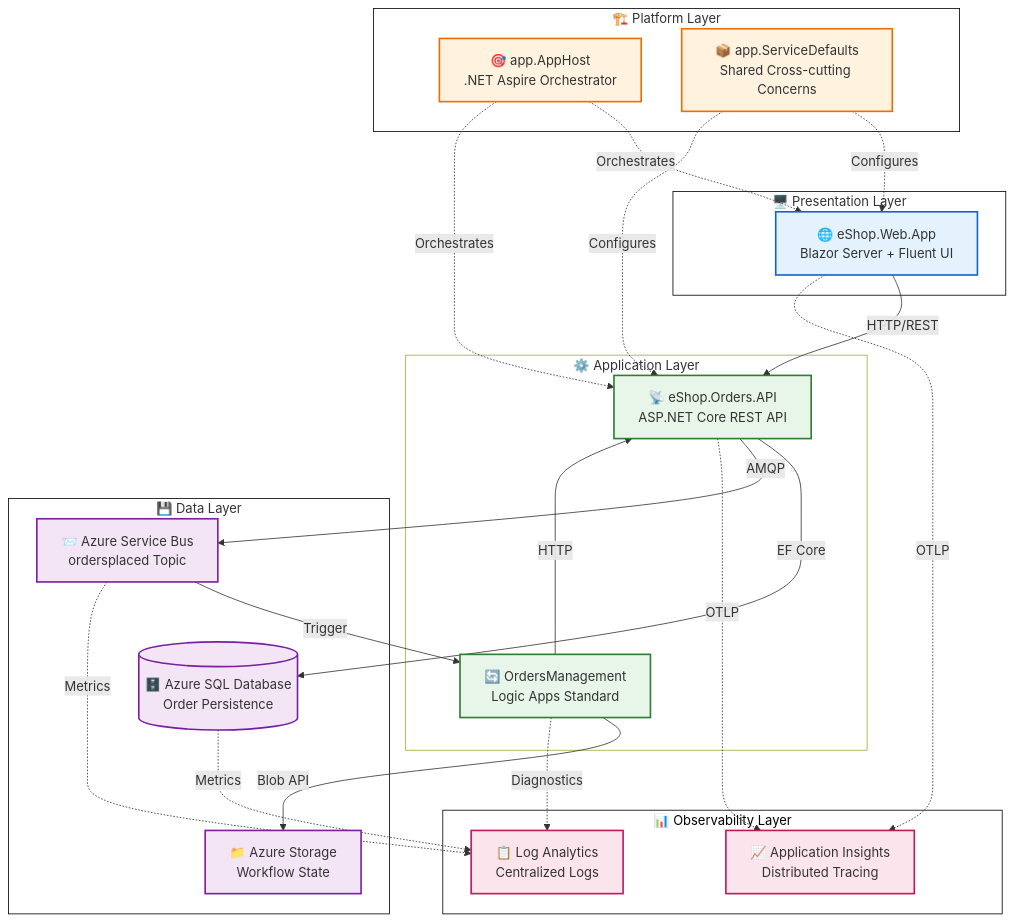
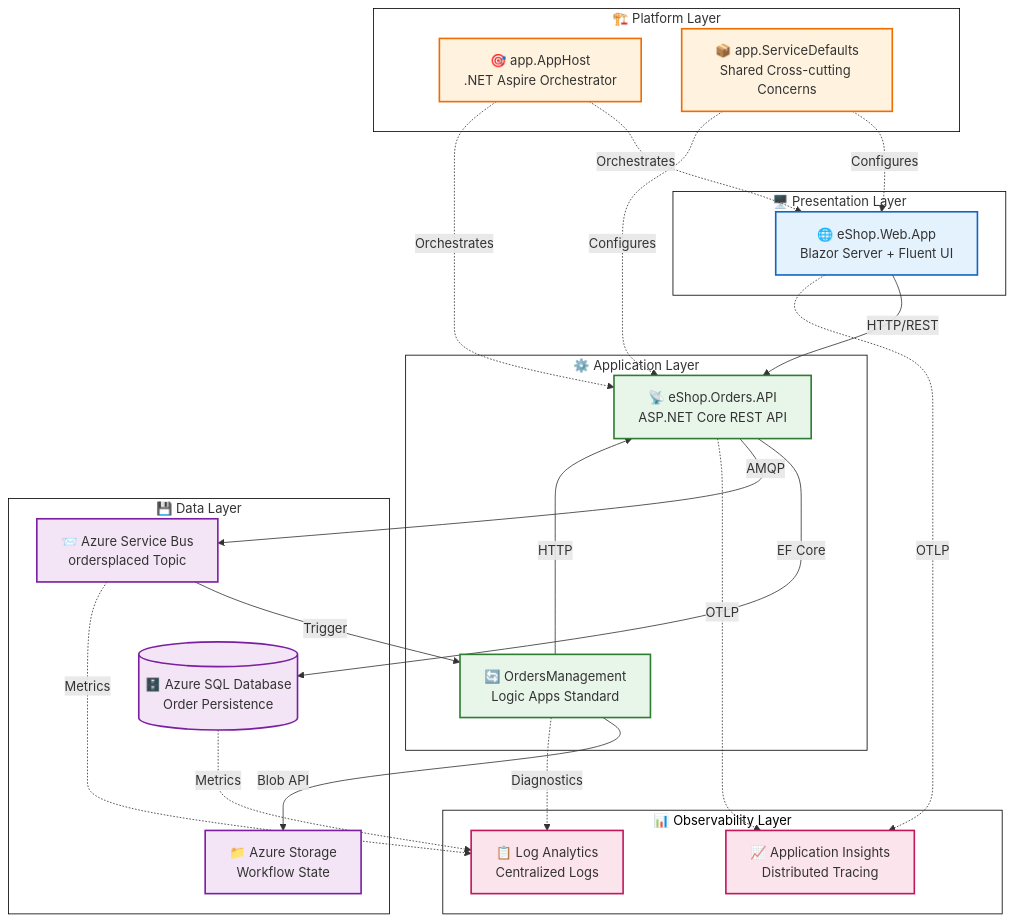
Before and after one commit to Evilazaro/Azure-LogicApps-Monitoring: the diagram in docs/architecture/README.md, drawn with Mermaid. The commit also changed 2 other files, not shown here.

Commit message:
Refactor Mermaid diagrams for improved clarity and consistency in business and data architecture documentation

````diff
--- a/docs/architecture/README.md
+++ b/docs/architecture/README.md
@@ -24,57 +24,57 @@
 ```mermaid
 flowchart TB
  subgraph Presentation["🖥️ Presentation Layer"]
         WebApp["🌐 eShop.Web.App<br>Blazor Server + Fluent UI"]
   end
  subgraph Application["⚙️ Application Layer"]
         API["📡 eShop.Orders.API<br>ASP.NET Core REST API"]
         LogicApp["🔄 OrdersManagement<br>Logic Apps Standard"]
   end
  subgraph Platform["🏗️ Platform Layer"]
         Aspire["🎯 app.AppHost<br>.NET Aspire Orchestrator"]
         Defaults["📦 app.ServiceDefaults<br>Shared Cross-cutting Concerns"]
   end
  subgraph Data["💾 Data Layer"]
         SQL[("🗄️ Azure SQL Database<br>Order Persistence")]
         ServiceBus["📨 Azure Service Bus<br>ordersplaced Topic"]
         Storage["📁 Azure Storage<br>Workflow State"]
   end
  subgraph Observability["📊 Observability Layer"]
         AppInsights["📈 Application Insights<br>Distributed Tracing"]
         LogAnalytics["📋 Log Analytics<br>Centralized Logs"]
   end
     WebApp -- HTTP/REST --> API
     API -- EF Core --> SQL
     API -- AMQP --> ServiceBus
     ServiceBus -- Trigger --> LogicApp
     LogicApp -- HTTP --> API
     LogicApp -- Blob API --> Storage
     Aspire -. Orchestrates .-> WebApp & API
     Defaults -. Configures .-> WebApp & API
     WebApp -. OTLP .-> AppInsights
     API -. OTLP .-> AppInsights
     LogicApp -. Diagnostics .-> LogAnalytics
     SQL -. Metrics .-> LogAnalytics
     ServiceBus -. Metrics .-> LogAnalytics
 
      WebApp:::presentation
      API:::application
      LogicApp:::application
      Aspire:::platform
      Defaults:::platform
      SQL:::data
      ServiceBus:::data
      Storage:::data
      AppInsights:::observability
      LogAnalytics:::observability
     classDef presentation fill:#e3f2fd,stroke:#1565c0,stroke-width:2px
     classDef application fill:#e8f5e9,stroke:#2e7d32,stroke-width:2px
     classDef platform fill:#fff3e0,stroke:#ef6c00,stroke-width:2px
     classDef data fill:#f3e5f5,stroke:#7b1fa2,stroke-width:2px
     classDef observability fill:#fce4ec,stroke:#c2185b,stroke-width:2px
     style Data fill:#FFFFFF,stroke:#000000
     style Platform fill:#FFFFFF,stroke:#000000
-    style Application fill:#FFFFFF
+    style Application fill:#FFFFFF,stroke:#000000
     style Observability color:#000000,fill:#FFFFFF,stroke:#000000
     style Presentation stroke:#000000,fill:#FFFFFF
 ```
````
